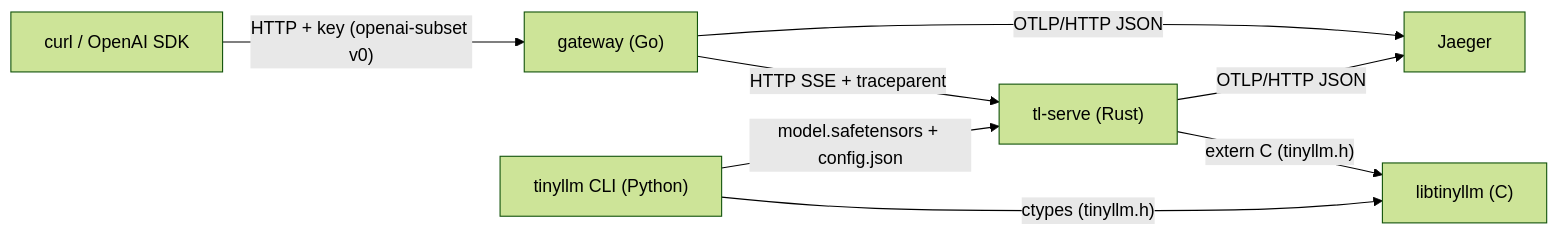
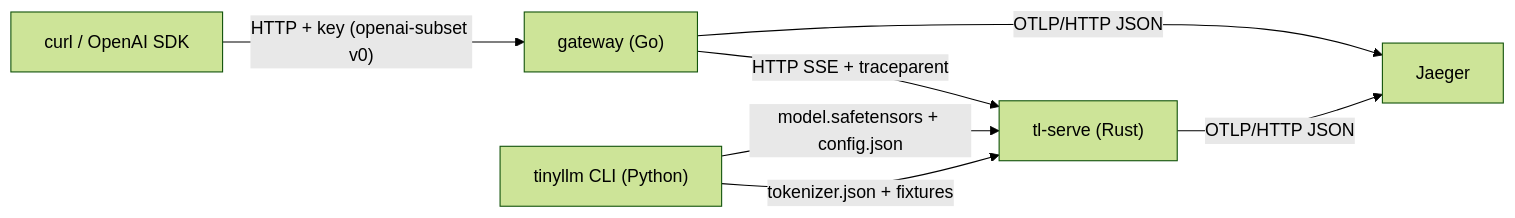
Before and after one commit to urmzd/supersource: the diagram in paths/course/SYSTEM.md, drawn with Mermaid (forest theme). The commit also changed other lines of this file and 455 other files, not shown here.

````diff
--- a/paths/course/SYSTEM.md
+++ b/paths/course/SYSTEM.md
@@ -18,10 +18,9 @@
 ```mermaid
 flowchart LR
   U["curl / OpenAI SDK"] -- "HTTP + key (openai-subset v0)" --> GW["gateway (Go)"]
   GW -- "HTTP SSE + traceparent" --> EN["tl-serve (Rust)"]
-  EN -- "extern C (tinyllm.h)" --> C["libtinyllm (C)"]
-  PY["tinyllm CLI (Python)"] -- "ctypes (tinyllm.h)" --> C
-  PY -- "model.safetensors + config.json" --> EN
+  PY["tinyllm CLI (Python)"] -- "model.safetensors + config.json" --> EN
+  PY -- "tokenizer.json + fixtures" --> EN
   GW -- "OTLP/HTTP JSON" --> J["Jaeger"]
   EN -- "OTLP/HTTP JSON" --> J
 ```
````
